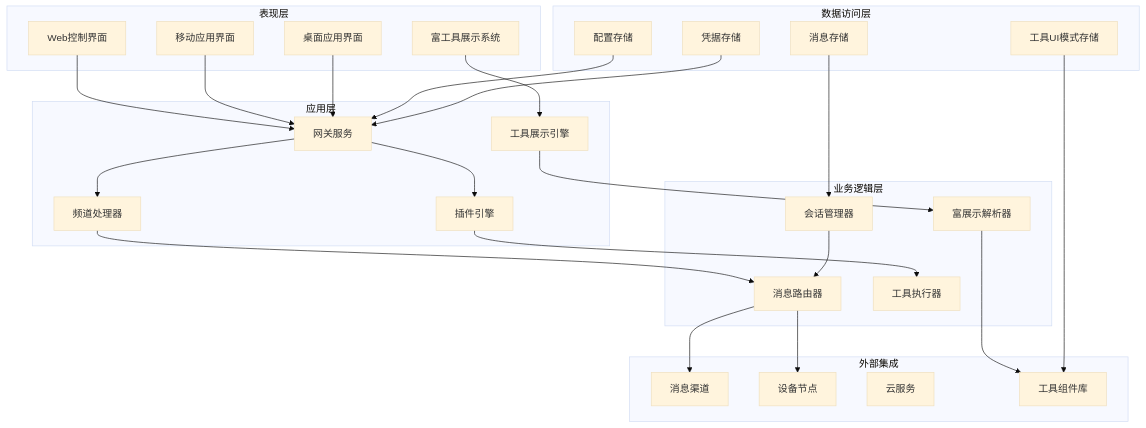
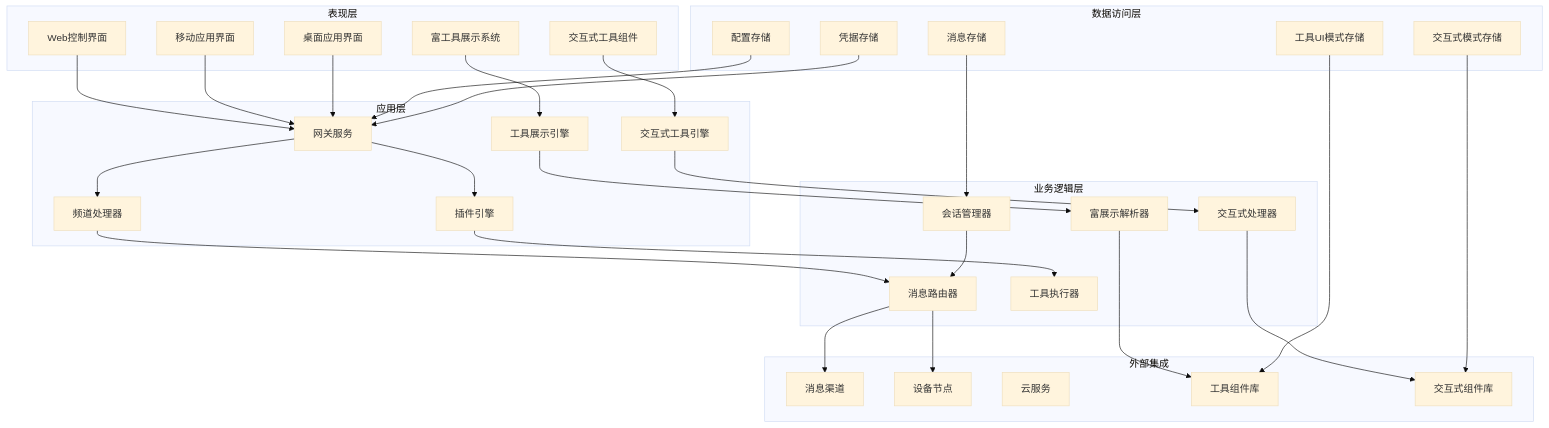
One commit to verse-ai-org/openclaw changed diagram 15 of 19 in .qoder/repowiki/zh/content/Web界面/UI组件系统/工具UI组件/富工具UI基础设施.md. Above: the diagram before and after it, drawn with Mermaid (base theme). The commit also changed other lines of this file and 11 other files, not shown here.

````diff
--- a/.qoder/repowiki/zh/content/Web界面/UI组件系统/工具UI组件/富工具UI基础设施.md
+++ b/.qoder/repowiki/zh/content/Web界面/UI组件系统/工具UI组件/富工具UI基础设施.md
@@ -466,50 +711,59 @@
 ```mermaid
 graph TB
 subgraph "表现层"
 WebUI[Web控制界面]
 MobileUI[移动应用界面]
 DesktopUI[桌面应用界面]
 RichToolUI[富工具展示系统]
+InteractiveUI[交互式工具组件]
 end
 subgraph "应用层"
 Gateway[网关服务]
 ChannelHandlers[频道处理器]
 PluginEngine[插件引擎]
 ToolPresentation[工具展示引擎]
+InteractiveEngine[交互式工具引擎]
 end
 subgraph "业务逻辑层"
 SessionManager[会话管理器]
 MessageRouter[消息路由器]
 ToolExecutor[工具执行器]
 RichPresentationResolver[富展示解析器]
+InteractiveHandler[交互式处理器]
 end
 subgraph "数据访问层"
 ConfigStore[配置存储]
 CredentialStore[凭据存储]
 MessageStore[消息存储]
 ToolUISchemaStore[工具UI模式存储]
+InteractiveSchemaStore[交互式模式存储]
 end
 subgraph "外部集成"
 MessagingChannels[消息渠道]
 DeviceNodes[设备节点]
 CloudServices[云服务]
 ToolComponents[工具组件库]
+InteractiveComponents[交互式组件库]
 end
 WebUI --> Gateway
 MobileUI --> Gateway
 DesktopUI --> Gateway
 RichToolUI --> ToolPresentation
+InteractiveUI --> InteractiveEngine
 Gateway --> ChannelHandlers
 Gateway --> PluginEngine
 ChannelHandlers --> MessageRouter
 PluginEngine --> ToolExecutor
 ToolPresentation --> RichPresentationResolver
+InteractiveEngine --> InteractiveHandler
 SessionManager --> MessageRouter
 MessageRouter --> DeviceNodes
 MessageRouter --> MessagingChannels
 RichPresentationResolver --> ToolComponents
+InteractiveHandler --> InteractiveComponents
 ConfigStore --> Gateway
 CredentialStore --> Gateway
 MessageStore --> SessionManager
 ToolUISchemaStore --> ToolComponents
+InteractiveSchemaStore --> InteractiveComponents
 ```
````
